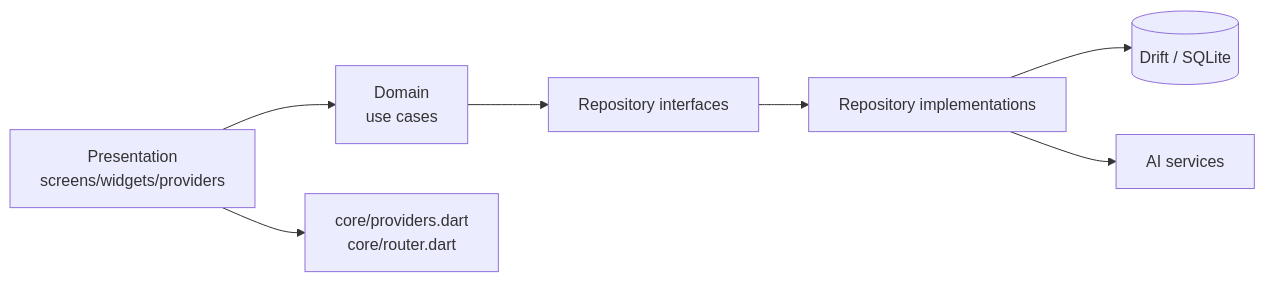
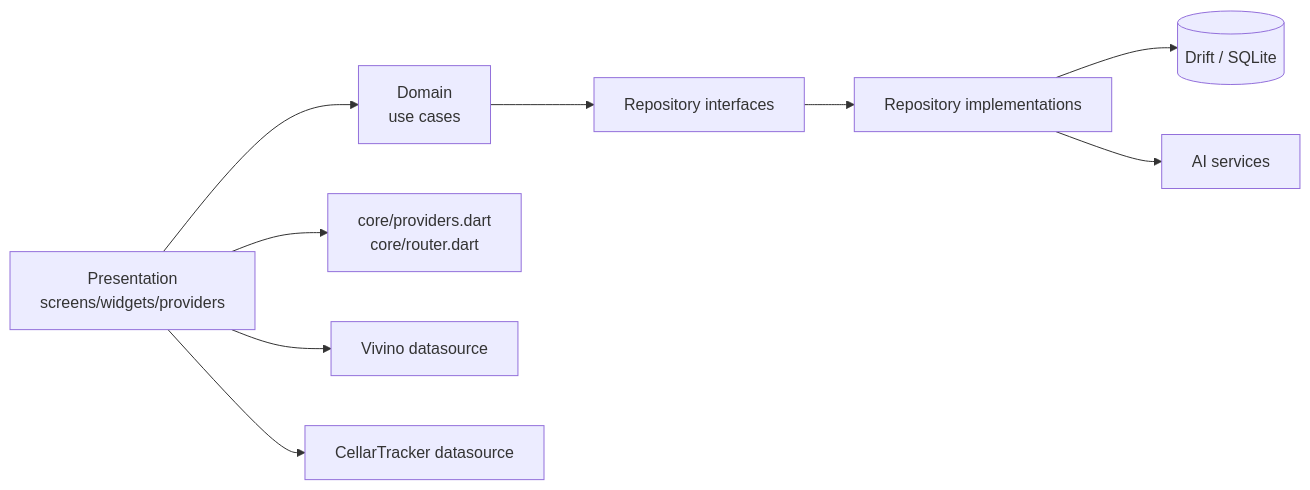
One commit to MauMau1605/WineCellar changed the diagram in docs/ARCHITECTURE.md. Above: the diagram before and after it, drawn with Mermaid. The commit also changed other lines of this file and 23 other files, not shown here.

First line of the commit message:
feat(ai): intégration sources Vivino et CellarTracker dans l'assistant

````diff
--- a/docs/ARCHITECTURE.md
+++ b/docs/ARCHITECTURE.md
@@ -171,9 +174,11 @@
 ```mermaid
 flowchart LR
     UI[Presentation<br>screens/widgets/providers] --> UC[Domain<br>use cases]
     UC --> RI[Repository interfaces]
     RI --> RImpl[Repository implementations]
     RImpl --> DB[(Drift / SQLite)]
     RImpl --> AI[AI services]
     UI --> Core[core/providers.dart<br>core/router.dart]
+    UI --> Vivino[Vivino datasource]
+    UI --> CT[CellarTracker datasource]
 ```
````
